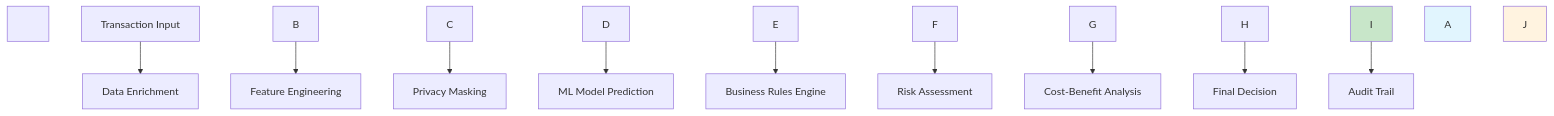
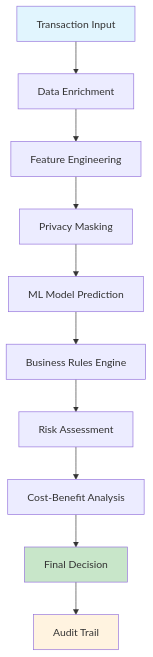
Before and after one commit to anjaliingle111/fraud-detection-platform: the first of 4 diagrams in README.md, drawn with Mermaid. The commit also changed other lines of this file, not shown here.

Commit message:
🔧 Fixed Mermaid diagram rendering and HTML entity issues

````diff
--- a/README.md
+++ b/README.md
@@ -77,31 +39,16 @@
 ```mermaid
-
 graph TB
-
-&nbsp;   A\[Transaction Input] --> B\[Data Enrichment]
-
-&nbsp;   B --> C\[Feature Engineering]
-
-&nbsp;   C --> D\[Privacy Masking]
-
-&nbsp;   D --> E\[ML Model Prediction]
-
-&nbsp;   E --> F\[Business Rules Engine]
-
-&nbsp;   F --> G\[Risk Assessment]
-
-&nbsp;   G --> H\[Cost-Benefit Analysis]
-
-&nbsp;   H --> I\[Final Decision]
-
-&nbsp;   I --> J\[Audit Trail]
-
-&nbsp;   
-
-&nbsp;   style A fill:#e1f5fe
-
-&nbsp;   style I fill:#c8e6c9
-
-&nbsp;   style J fill:#fff3e0
-
+    A[Transaction Input] --> B[Data Enrichment]
+    B --> C[Feature Engineering]
+    C --> D[Privacy Masking]
+    D --> E[ML Model Prediction]
+    E --> F[Business Rules Engine]
+    F --> G[Risk Assessment]
+    G --> H[Cost-Benefit Analysis]
+    H --> I[Final Decision]
+    I --> J[Audit Trail]
+    
+    style A fill:#e1f5fe
+    style I fill:#c8e6c9
+    style J fill:#fff3e0
 ```
````
